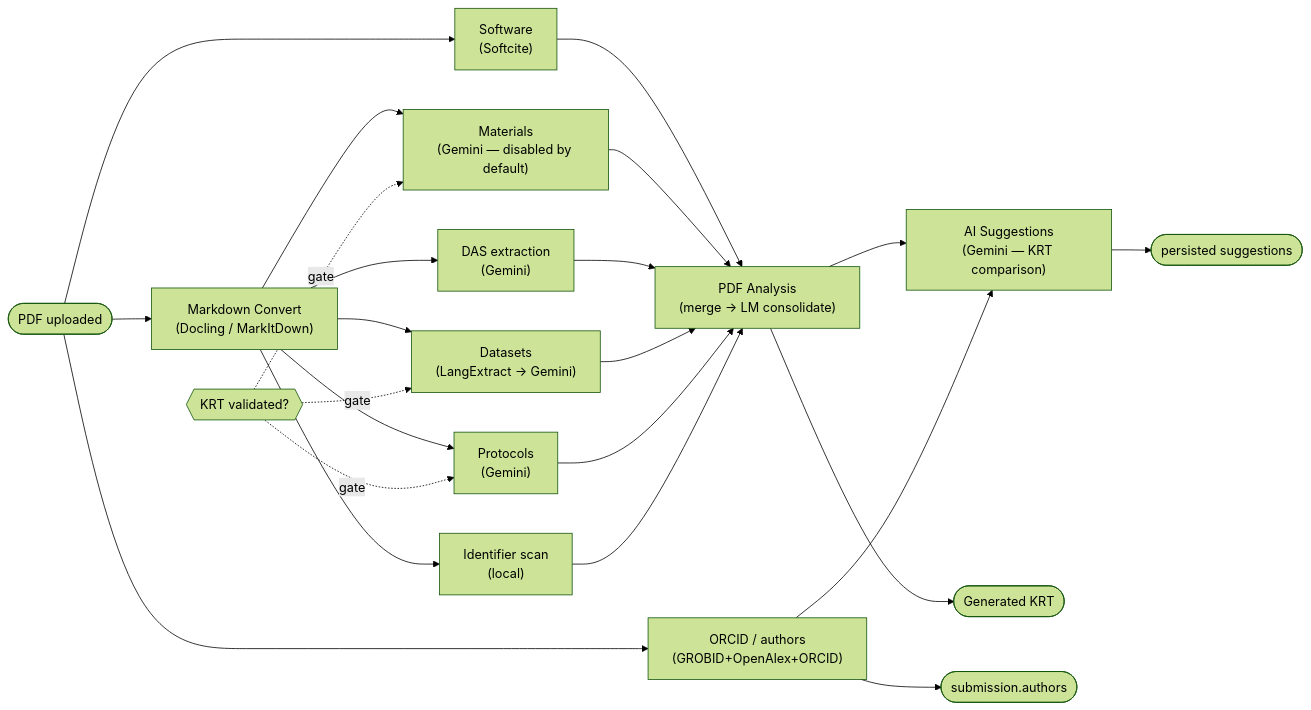
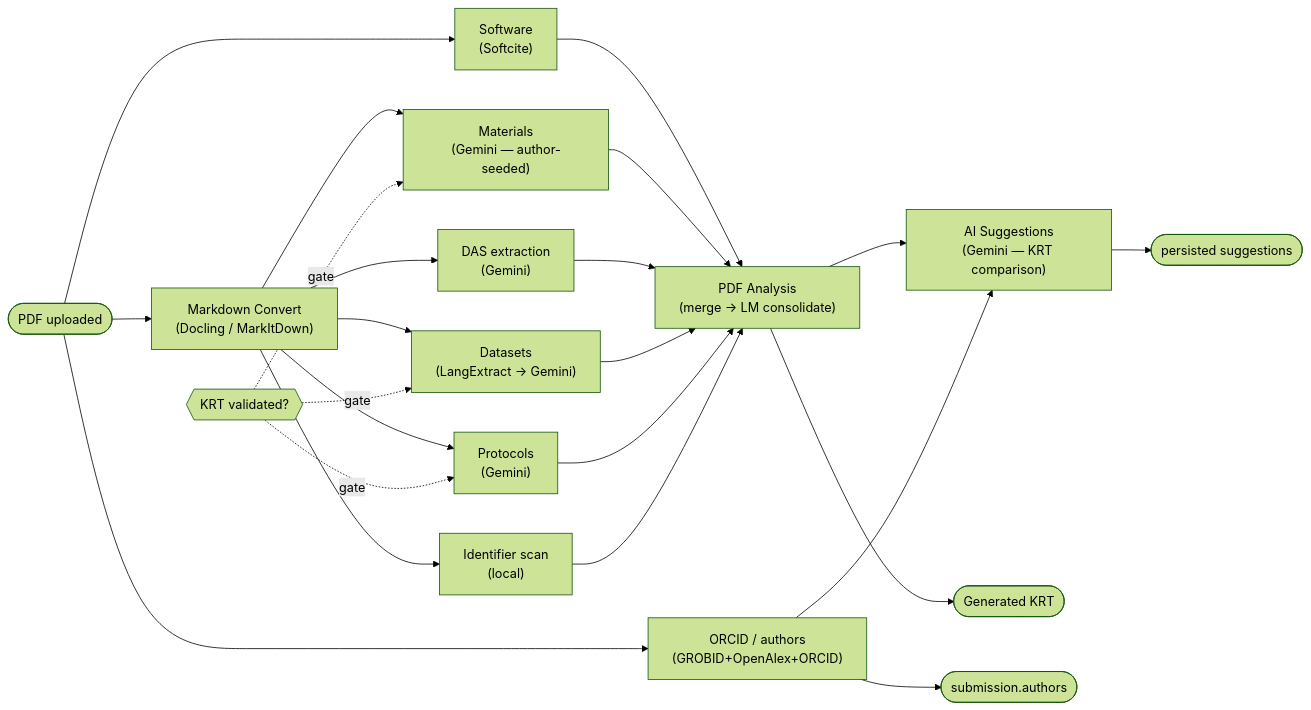
Before and after one commit to DataSeer/asap-kr-sync: the third of 4 diagrams in docs/master-setup-guide.md, drawn with Mermaid (forest theme). The commit also changed 2 other files, not shown here.

Commit message:
docs: correct the stale "materials detection is disabled" claim
MATERIALS_DETECTION_ENABLED resolves to true and demo data is off, so the module
runs in the normal pipeline. Three places said otherwise:

- README feature list claimed "currently disabled — module result quality is too
  low to ship"; replaced with what it actually does (author-seeded, so it waits
  for KRT validation).
- background-modules.md and master-setup-guide.md pipeline diagrams labelled the
  node "Gemini — disabled by default"; now "Gemini — author-seeded", matching the
  datasets/protocols nodes and the gating text already in §1.

external-apis.md was left alone: it only documents the
MATERIALS_DETECTION_ENABLED=false switch, which is still accurate.

````diff
--- a/docs/master-setup-guide.md
+++ b/docs/master-setup-guide.md
@@ -203,25 +203,25 @@
 ```mermaid
 flowchart LR
     UP(["PDF uploaded"]) --> SW["Software<br/>(Softcite)"]
     UP --> OR["ORCID / authors<br/>(GROBID+OpenAlex+ORCID)"]
     UP --> MDC["Markdown Convert<br/>(Docling / MarkItDown)"]
     MDC --> DAS["DAS extraction<br/>(Gemini)"]
     MDC --> DS["Datasets<br/>(LangExtract → Gemini)"]
-    MDC --> MAT["Materials<br/>(Gemini — disabled by default)"]
+    MDC --> MAT["Materials<br/>(Gemini — author-seeded)"]
     MDC --> PR["Protocols<br/>(Gemini)"]
     MDC --> ID["Identifier scan<br/>(local)"]
     KRTV{{"KRT validated?"}} -.->|gate| DS
     KRTV -.->|gate| MAT
     KRTV -.->|gate| PR
     SW --> PA["PDF Analysis<br/>(merge → LM consolidate)"]
     MAT --> PA
     DAS --> PA
     DS --> PA
     PR --> PA
     ID --> PA
     PA --> SG["AI Suggestions<br/>(Gemini — KRT comparison)"]
     OR --> SG
     SG --> SUG(["persisted suggestions"])
     PA --> GK(["Generated KRT"])
     OR --> AU(["submission.authors"])
 ```
````
